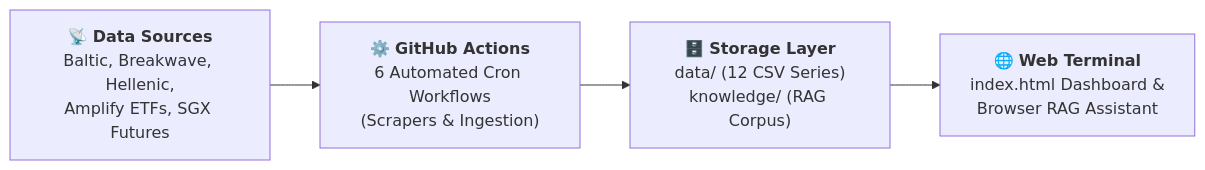
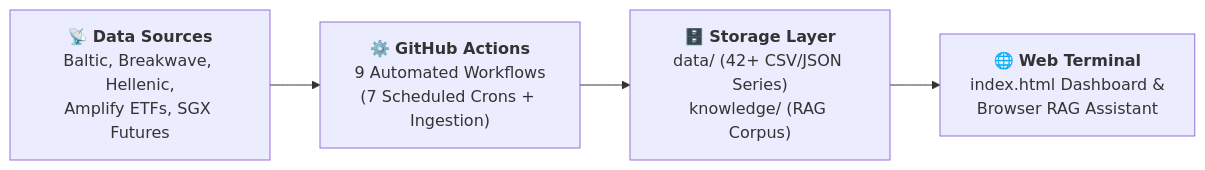
Before and after one commit to yieldchaser/Shipping: the first of 3 diagrams in README.md, drawn with Mermaid. The commit also changed other lines of this file, not shown here.

````diff
--- a/README.md
+++ b/README.md
@@ -25,6 +25,6 @@
 ```mermaid
 flowchart LR
-    A["📡 <b>Data Sources</b><br/>Baltic, Breakwave, Hellenic,<br/>Amplify ETFs, SGX Futures"] --> B["⚙️ <b>GitHub Actions</b><br/>6 Automated Cron Workflows<br/>(Scrapers & Ingestion)"]
-    B --> C["🗄️ <b>Storage Layer</b><br/>data/ (12 CSV Series)<br/>knowledge/ (RAG Corpus)"]
+    A["📡 <b>Data Sources</b><br/>Baltic, Breakwave, Hellenic,<br/>Amplify ETFs, SGX Futures"] --> B["⚙️ <b>GitHub Actions</b><br/>9 Automated Workflows<br/>(7 Scheduled Crons + Ingestion)"]
+    B --> C["🗄️ <b>Storage Layer</b><br/>data/ (42+ CSV/JSON Series)<br/>knowledge/ (RAG Corpus)"]
     C --> D["🌐 <b>Web Terminal</b><br/>index.html Dashboard &<br/>Browser RAG Assistant"]
 ```
````
